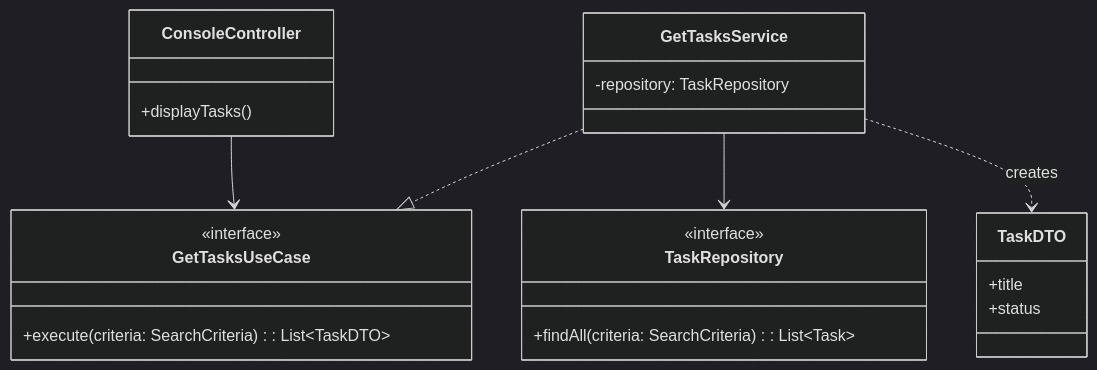
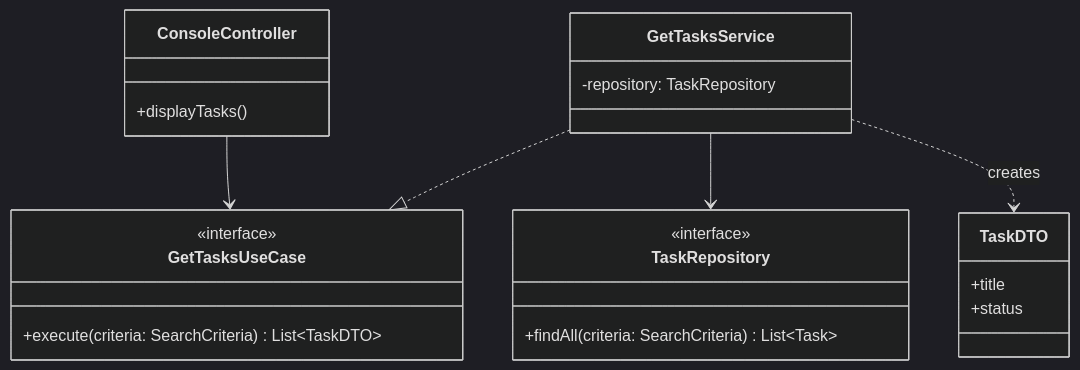
One commit to OKAS-polytech/todo_java changed the second of 5 diagrams in doc/2_基本設計/2-3_基本設計図_構造.md. Above: the diagram before and after it, drawn with Mermaid (dark theme). The commit also changed other lines of this file and 3 other files, not shown here.

````diff
--- a/doc/2_基本設計/2-3_基本設計図_構造.md
+++ b/doc/2_基本設計/2-3_基本設計図_構造.md
@@ -32,24 +34,26 @@
 ```mermaid
 classDiagram
     class ConsoleController {
         +displayTasks()
     }
-    class GetTasksUseCase <<interface>> {
-        +execute(criteria: SearchCriteria): List~TaskDTO~
+    class GetTasksUseCase {
+        +execute(criteria: SearchCriteria) List~TaskDTO~
     }
+    <<interface>> GetTasksUseCase
     class GetTasksService {
         -repository: TaskRepository
     }
-    class TaskRepository <<interface>> {
-        +findAll(criteria: SearchCriteria): List~Task~
+    class TaskRepository {
+        +findAll(criteria: SearchCriteria) List~Task~
     }
+    <<interface>> TaskRepository
     class TaskDTO {
         +title
         +status
     }
 
     ConsoleController --> GetTasksUseCase
     GetTasksService ..|> GetTasksUseCase
     GetTasksService --> TaskRepository
     GetTasksService ..> TaskDTO : creates
 ```
````
